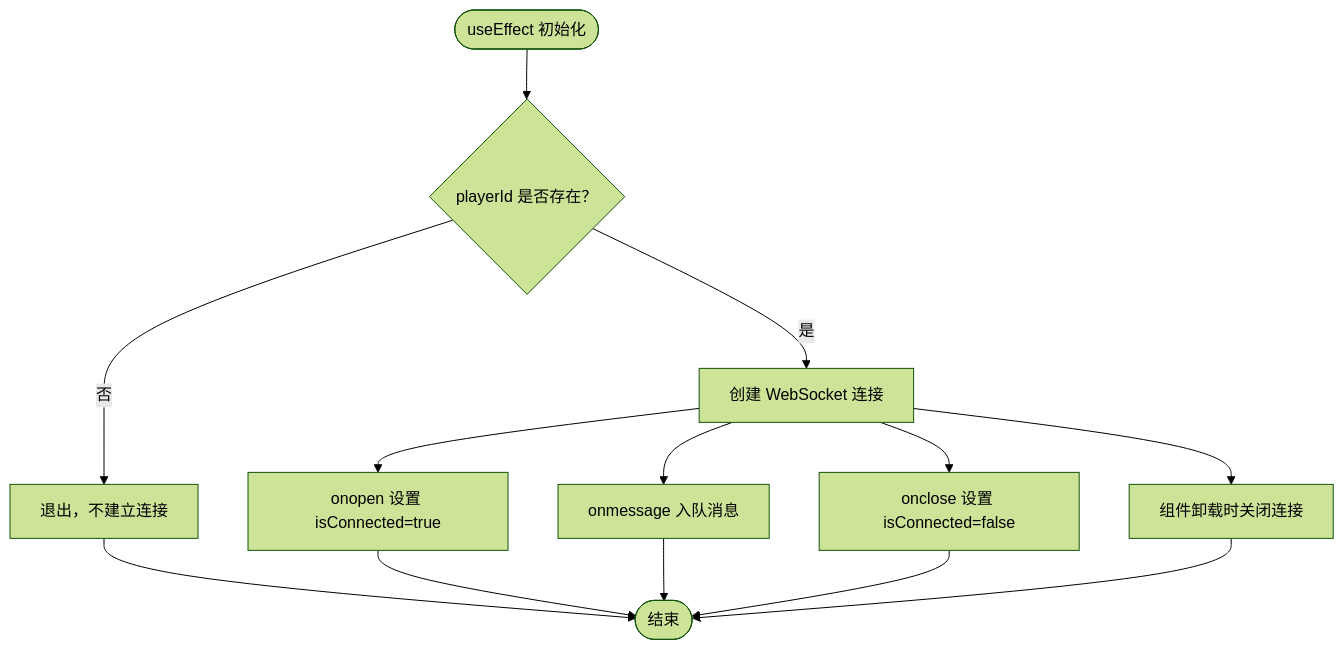
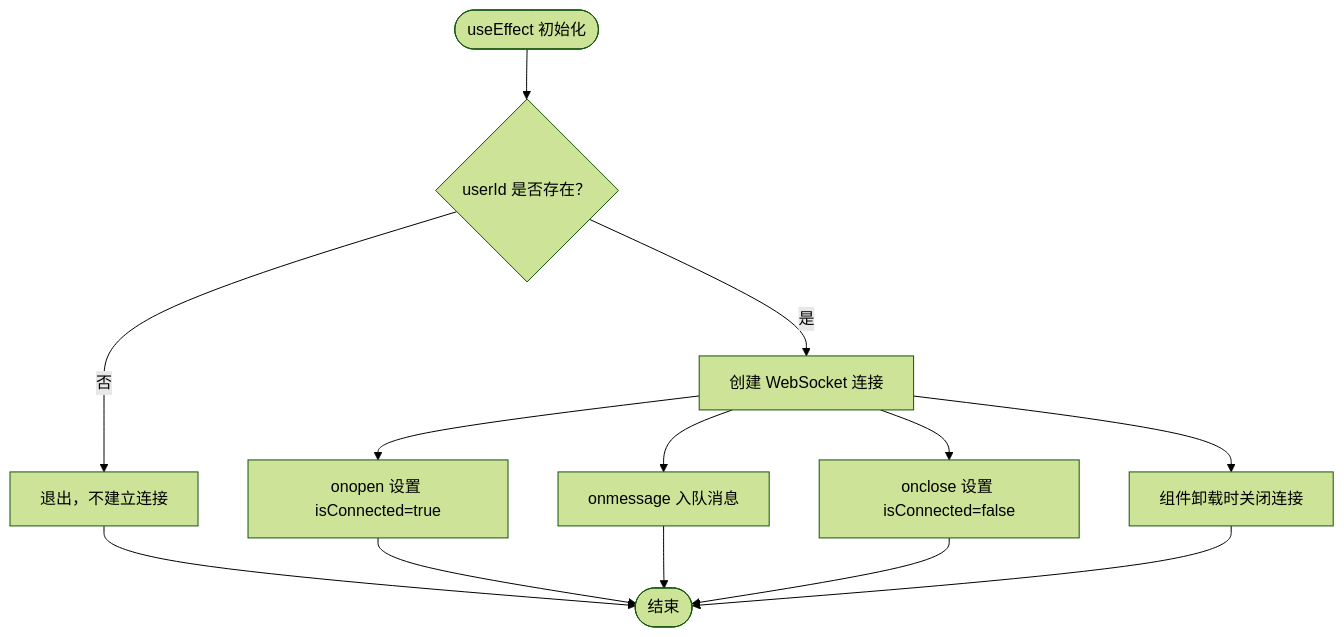
Before and after one commit to KunLabAI/KunFlix: the third of 5 diagrams in .qoder/repowiki/zh/content/前端开发指南/WebSocket 实时通信.md, drawn with Mermaid (forest theme). The commit also changed other lines of this file and 27 other files, not shown here.

````diff
--- a/.qoder/repowiki/zh/content/前端开发指南/WebSocket 实时通信.md
+++ b/.qoder/repowiki/zh/content/前端开发指南/WebSocket 实时通信.md
@@ -143,15 +147,15 @@
 ```mermaid
 flowchart TD
-Start(["useEffect 初始化"]) --> CheckPID{"playerId 是否存在？"}
+Start(["useEffect 初始化"]) --> CheckPID{"userId 是否存在？"}
 CheckPID --> |否| Exit["退出，不建立连接"]
 CheckPID --> |是| CreateWS["创建 WebSocket 连接"]
 CreateWS --> OnOpen["onopen 设置 isConnected=true"]
 CreateWS --> OnMsg["onmessage 入队消息"]
 CreateWS --> OnClose["onclose 设置 isConnected=false"]
 CreateWS --> Cleanup["组件卸载时关闭连接"]
 Exit --> End(["结束"])
 OnOpen --> End
 OnMsg --> End
 OnClose --> End
 Cleanup --> End
 ```
````
